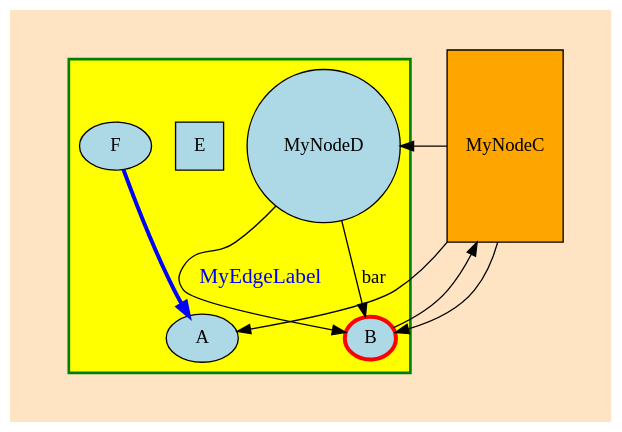
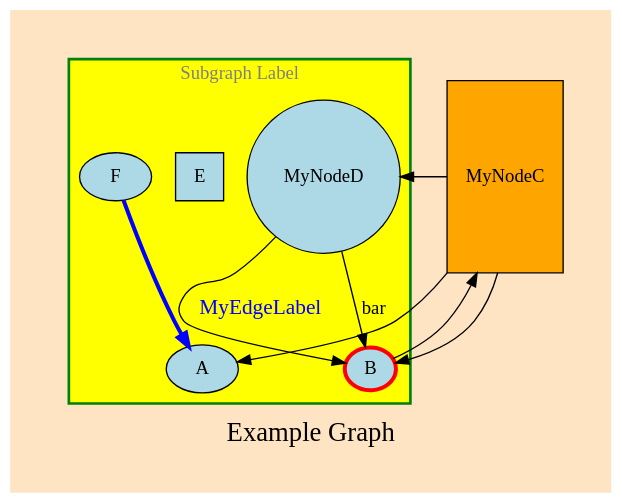
One commit to jjermann/sharpgraph changed the diagram in UnitTests/TestExamples/example.dot. Above: the diagram before and after it, drawn with Graphviz. The commit also changed 3 other files, not shown here.

Commit message:
(sub)graph labels

```diff
--- a/UnitTests/TestExamples/example.dot
+++ b/UnitTests/TestExamples/example.dot
@@ -1,20 +1,25 @@
 digraph {
   bgcolor="bisque"
   pad="0.5,0.4"
+  label="Example Graph"
+  fontsize=20
   node [style=filled, fillcolor="lightblue"]
   A
   B->C->{
     A; D; {
 	  A; B [width=0.3, height=0.3, penwidth=3, color=red]
 	}
   }
   C [label="MyNodeC", shape="rect", fillcolor=orange, width=1, height=2]
   D->B [label="MyEdgeLabel", fontcolor="blue", fontsize=16]
   D [label="MyNodeD", shape="circle"];
   subgraph cluster0 {
     graph [bgcolor="yellow", pencolor="green", penwidth=2]
+	label="Subgraph Label"
+	fontsize=14
+	fontcolor=gray
     E [shape="square"]
 	F->A [penwidth=3, color="blue"]
 	D->B [label="bar"]
   }
 }
```
